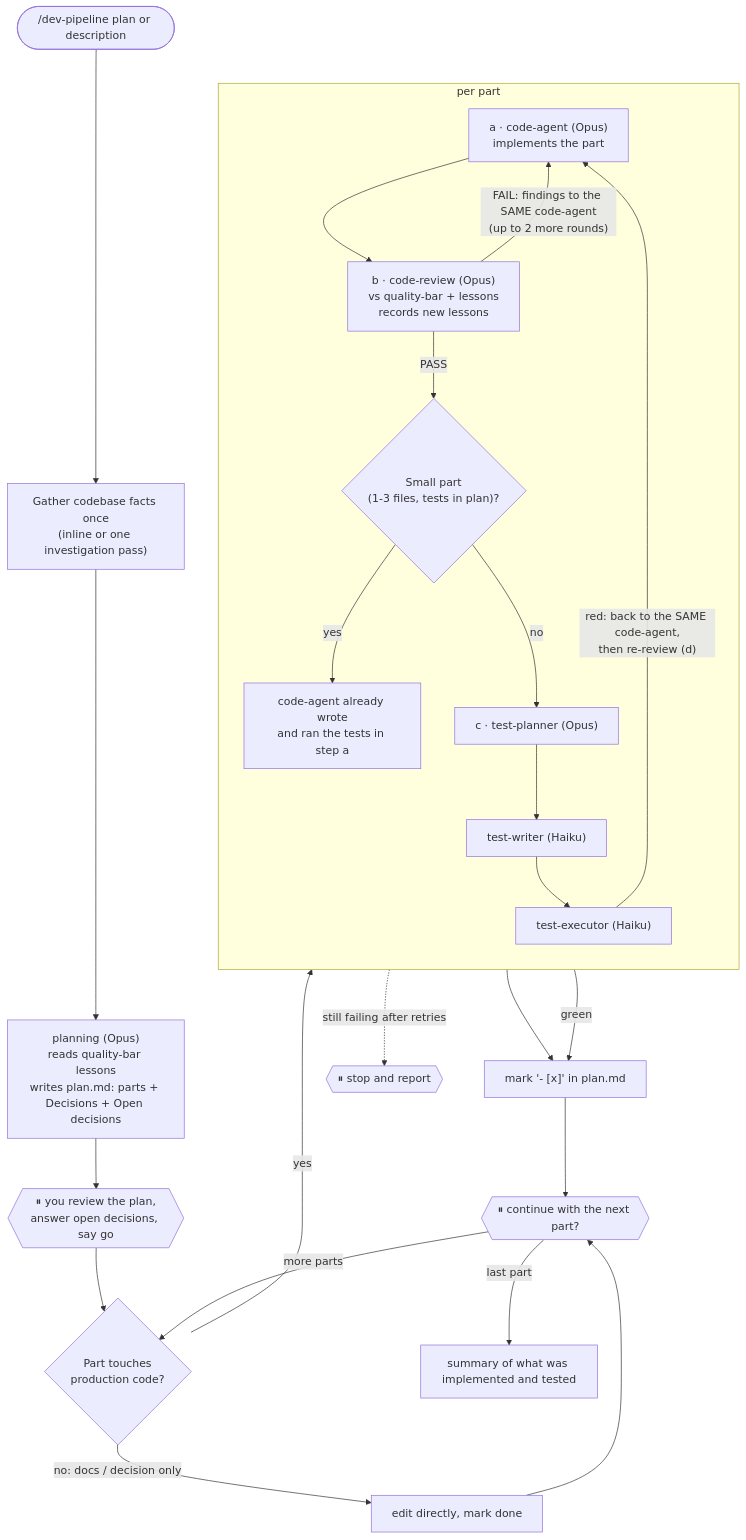
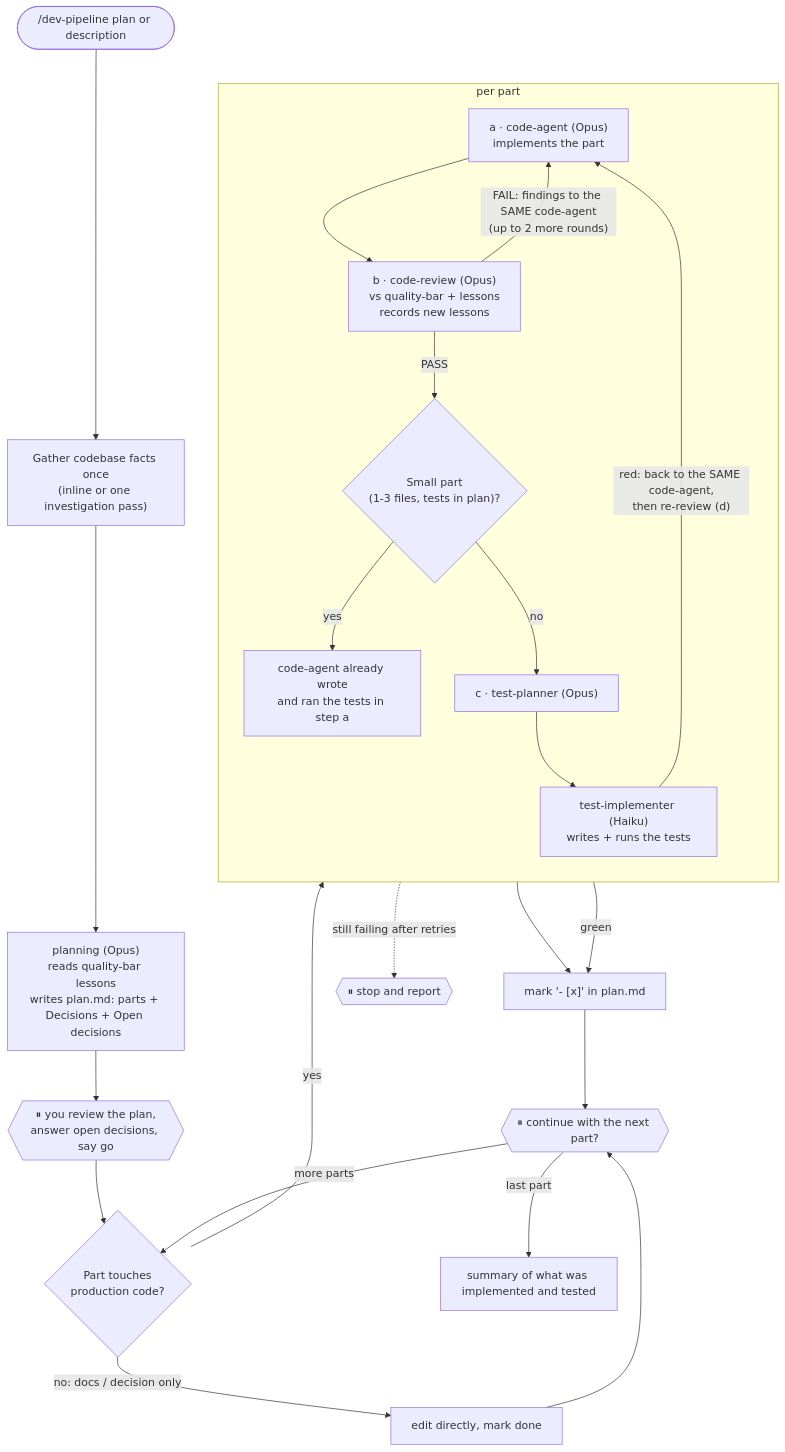
Before and after one commit to mxrpr/dev-pipeline-kit: the diagram in docs/dev-pipeline.md, drawn with Mermaid. The commit also changed other lines of this file and 5 other files, not shown here.

First line of the commit message:
refactor(agents): use test-implementer in both pipelines

````diff
--- a/docs/dev-pipeline.md
+++ b/docs/dev-pipeline.md
@@ -14,28 +14,28 @@
 ```mermaid
 flowchart TD
     IN(["/dev-pipeline plan or description"]) --> INV["Gather codebase facts once<br/>(inline or one investigation pass)"]
     INV --> PL["planning (Opus)<br/>reads quality-bar lessons<br/>writes plan.md: parts + Decisions + Open decisions"]
     PL --> G1{{"⏸ you review the plan,<br/>answer open decisions, say go"}}
     G1 --> FAST{"Part touches<br/>production code?"}
 
     FAST -->|"no: docs / decision only"| EDIT["edit directly, mark done"]
     FAST -->|yes| IMP
 
     subgraph PART [" per part "]
         direction TB
         IMP["a · code-agent (Opus)<br/>implements the part"] --> REV["b · code-review (Opus)<br/>vs quality-bar + lessons<br/>records new lessons"]
         REV -->|"FAIL: findings to the SAME code-agent<br/>(up to 2 more rounds)"| IMP
         REV -->|PASS| SMALL{"Small part<br/>(1-3 files, tests in plan)?"}
         SMALL -->|yes| INL["code-agent already wrote<br/>and ran the tests in step a"]
-        SMALL -->|no| TP["c · test-planner (Opus)"] --> TW["test-writer (Haiku)"] --> TE["test-executor (Haiku)"]
-        TE -->|"red: back to the SAME code-agent,<br/>then re-review (d)"| IMP
+        SMALL -->|no| TP["c · test-planner (Opus)"] --> TI["test-implementer (Haiku)<br/>writes + runs the tests"]
+        TI -->|"red: back to the SAME code-agent,<br/>then re-review (d)"| IMP
     end
 
     INL --> DONE["mark '- [x]' in plan.md"]
-    TE -->|green| DONE
+    TI -->|green| DONE
     EDIT --> NEXT
     DONE --> NEXT{{"⏸ continue with the next part?"}}
     NEXT -->|"more parts"| FAST
     NEXT -->|"last part"| END["summary of what was implemented and tested"]
     PART -. "still failing after retries" .-> STOP{{"⏸ stop and report"}}
 ```
````
